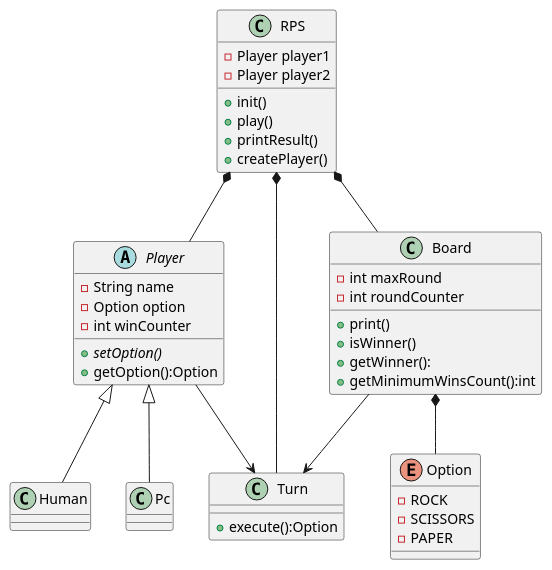
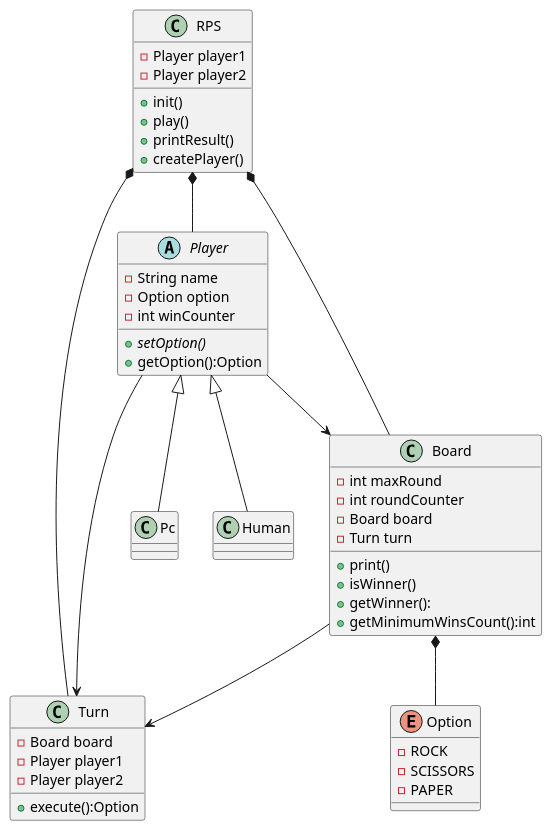
The diagram in Documentation/classDiagram.plantuml (Baer09/RPS), drawn with PlantUML before and after one commit. The commit also changed 4 other files, not shown here.

Commit message:
finished data diagram, finished controller and view diagram

```diff
--- a/Documentation/classDiagram.plantuml
+++ b/Documentation/classDiagram.plantuml
@@ -1,53 +1,60 @@
 @startuml
 
 class RPS
 abstract class Player
 class Turn
 class Board
 class Human
 class Pc
 enum Option
 
+
 RPS *-- Player
 RPS *-- Board
 RPS *-- Turn
+Player --> Board
 
 Player <|-- Human
 Player <|-- Pc
 
 Board *-- Option
 Player --> Turn
 Board --> Turn
 
 RPS : - Player player1
 RPS : - Player player2
 RPS : + init()
 RPS : + play()
 RPS : + printResult()
 RPS : + createPlayer()
 
 Player : - String name
 Player : - Option option
 Player : - int winCounter
 Player : + {abstract}setOption()
 Player : + getOption():Option
 
 Board : - int maxRound
 Board : - int roundCounter
+Board : - Board board
+Board : - Turn turn
 Board : + print()
 Board : + isWinner()
 Board : + getWinner():
 Board : + getMinimumWinsCount():int
 
 
+Turn : - Board board
+Turn : - Player player1
+Turn : - Player player2
 Turn : + execute():Option
 
 
 Option : - ROCK
 Option : - SCISSORS
 Option : - PAPER
 
 
 
 
 @enduml
```
